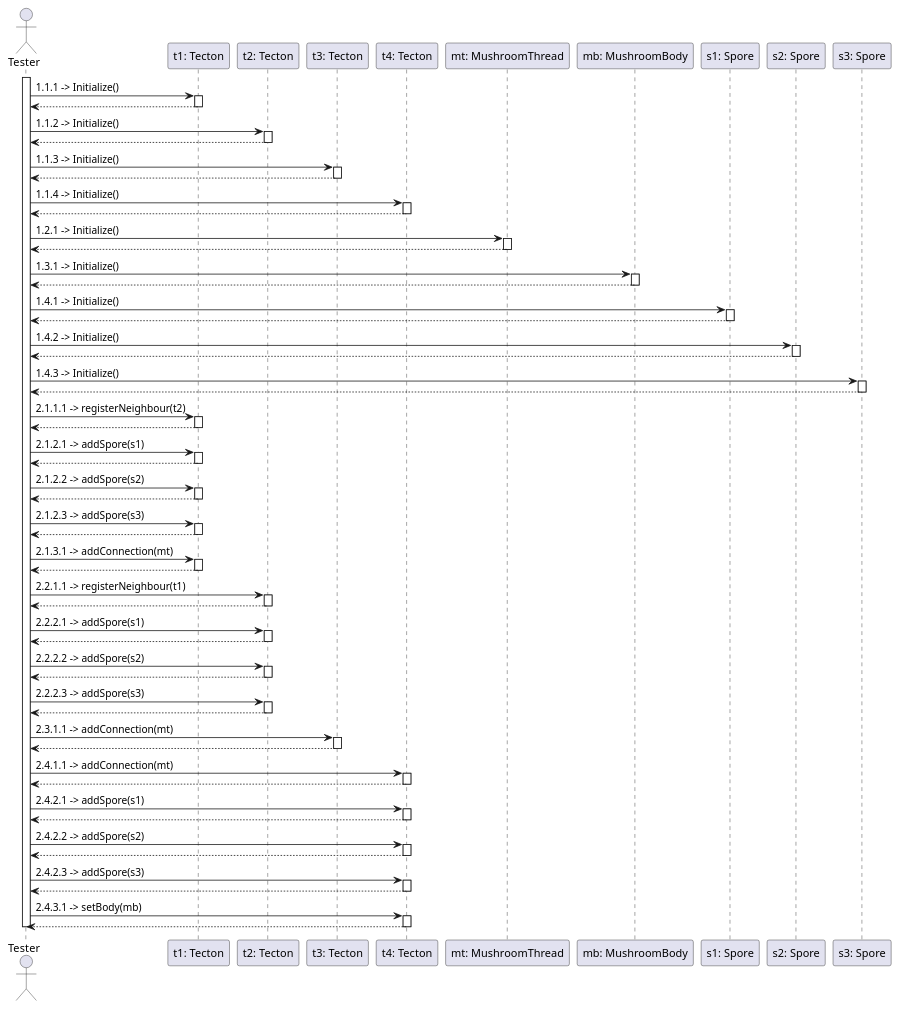
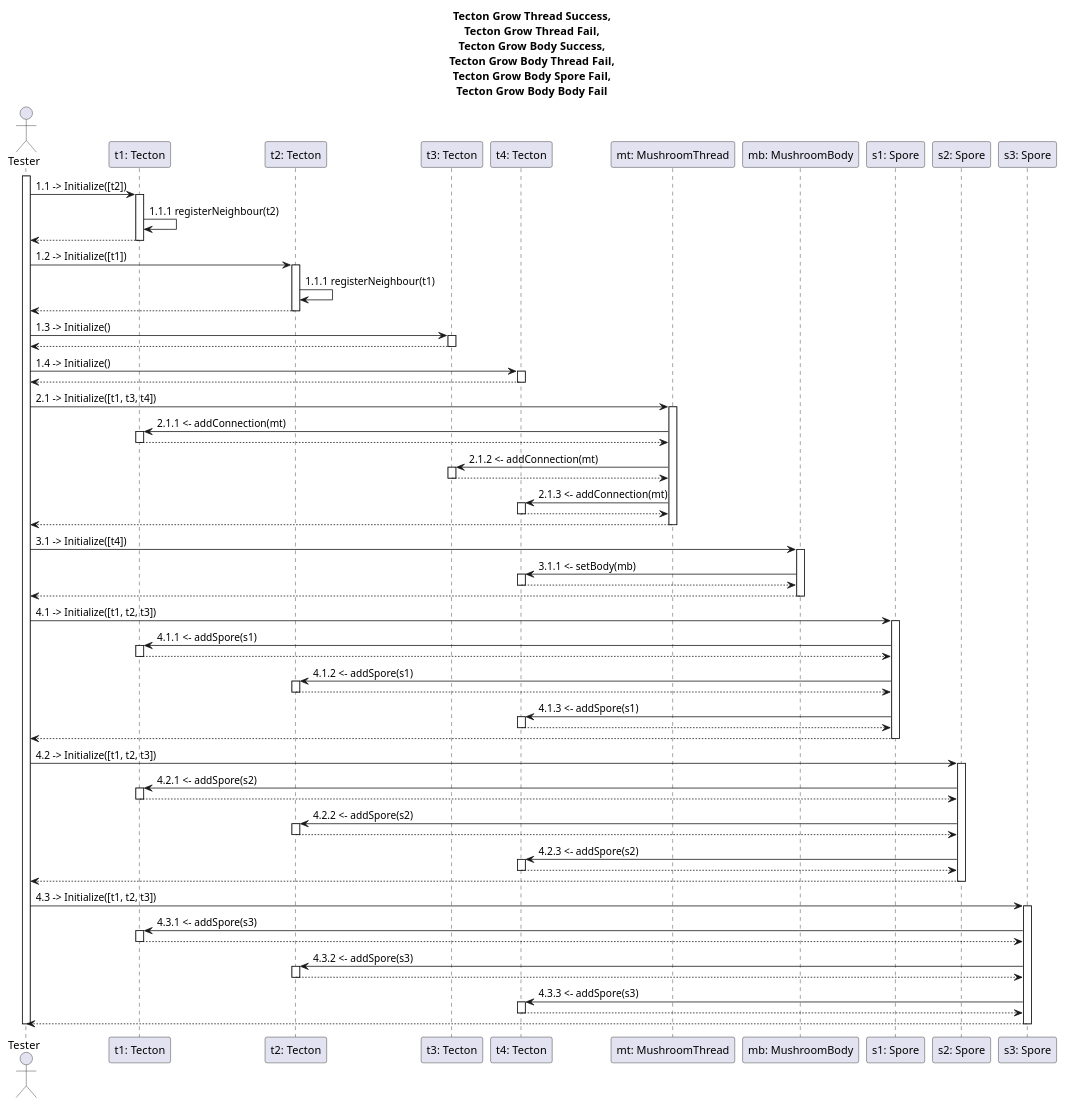
The diagram in diagrams/communication/tecton3.puml (dzsem/projlab), drawn with PlantUML before and after one commit.

```diff
--- a/diagrams/communication/tecton3.puml
+++ b/diagrams/communication/tecton3.puml
@@ -9,146 +9,161 @@
 @startuml communicationTecton3
+
+title Tecton Grow Thread Success,\nTecton Grow Thread Fail,\nTecton Grow Body Success,\nTecton Grow Body Thread Fail,\nTecton Grow Body Spore Fail,\nTecton Grow Body Body Fail
 
 actor "Tester" as ts
 ' t1 szomszédos t2-vel, de t3-al nem, így több test-casere is jó lesz a diagram 
 participant "t1: Tecton" as t1 
 participant "t2: Tecton" as t2
 participant "t3: Tecton" as t3
 participant "t4: Tecton" as t4
 participant "mt: MushroomThread" as mt
 participant "mb: MushroomBody" as mb
 participant "s1: Spore" as s1
 participant "s2: Spore" as s2
 participant "s3: Spore" as s3
 
 activate ts
 
-' inicializálás
-ts -> t1: 1.1.1 -> Initialize()
+' ------------------------------------------
+' t1: szomszédos t2-vel
+ts -> t1: 1.1 -> Initialize([t2])
 activate t1
+
+t1 -> t1: 1.1.1 registerNeighbour(t2)
+
 ts <-- t1
 deactivate t1
 
-ts -> t2: 1.1.2 -> Initialize()
+' ------------------------------------------
+' t2: szomszédos t1-el
+ts -> t2: 1.2 -> Initialize([t1])
 activate t2
+
+t2 -> t2: 1.1.1 registerNeighbour(t1)
+
 ts <-- t2
 deactivate t2
 
-ts -> t3: 1.1.3 -> Initialize()
+' ------------------------------------------
+' t3
+ts -> t3: 1.3 -> Initialize()
 activate t3
 ts <-- t3
 deactivate t3
 
-ts -> t4: 1.1.4 -> Initialize()
+' ------------------------------------------
+' t4
+ts -> t4: 1.4 -> Initialize()
 activate t4
 ts <-- t4
 deactivate t4
 
-ts -> mt: 1.2.1 -> Initialize()
+' ------------------------------------------
+' thread: t1, t3, t4-en nő
+ts -> mt: 2.1 -> Initialize([t1, t3, t4])
 activate mt
+
+mt -> t1: 2.1.1 <- addConnection(mt)
+activate t1
+mt <-- t1
+deactivate t1
+
+mt -> t3: 2.1.2 <- addConnection(mt)
+activate t3
+mt <-- t3
+deactivate t3
+
+mt -> t4: 2.1.3 <- addConnection(mt)
+activate t4
+mt <-- t4
+deactivate t4
+
 ts <-- mt
 deactivate mt
 
-ts -> mb: 1.3.1 -> Initialize()
+' ------------------------------------------
+' body: t4-en nő
+ts -> mb: 3.1 -> Initialize([t4])
 activate mb
+
+mb -> t4: 3.1.1 <- setBody(mb)
+activate t4
+mb <-- t4
+deactivate t4
+
 ts <-- mb
 deactivate mb
 
-ts -> s1: 1.4.1 -> Initialize()
+' ------------------------------------------
+' minden spóra t1, t2, t3-on van
+' s1
+ts -> s1: 4.1 -> Initialize([t1, t2, t3])
 activate s1
+
+s1 -> t1: 4.1.1 <- addSpore(s1)
+activate t1
+s1 <-- t1
+deactivate t1
+
+s1 -> t2: 4.1.2 <- addSpore(s1)
+activate t2
+s1 <-- t2
+deactivate t2
+
+s1 -> t4: 4.1.3 <- addSpore(s1)
+activate t4
+s1 <-- t4
+deactivate t4
+
 ts <-- s1
 deactivate s1
 
-ts -> s2: 1.4.2 -> Initialize()
+' ------------------------------------------
+' s2
+ts -> s2: 4.2 -> Initialize([t1, t2, t3])
 activate s2
+
+s2 -> t1: 4.2.1 <- addSpore(s2)
+activate t1
+s2 <-- t1
+deactivate t1
+
+s2 -> t2: 4.2.2 <- addSpore(s2)
+activate t2
+s2 <-- t2
+deactivate t2
+
+s2 -> t4: 4.2.3 <- addSpore(s2)
+activate t4
+s2 <-- t4
+deactivate t4
+
 ts <-- s2
 deactivate s2
 
-ts -> s3: 1.4.3 -> Initialize()
+' ------------------------------------------
+' s3
+ts -> s3: 4.3 -> Initialize([t1, t2, t3])
 activate s3
+
+s3 -> t1: 4.3.1 <- addSpore(s3)
+activate t1
+s3 <-- t1
+deactivate t1
+
+s3 -> t2: 4.3.2 <- addSpore(s3)
+activate t2
+s3 <-- t2
+deactivate t2
+
+s3 -> t4: 4.3.3 <- addSpore(s3)
+activate t4
+s3 <-- t4
+deactivate t4
+
 ts <-- s3
 deactivate s3
-
-' t1 setup:
-' - Tecton Grow Thread Success: t1 és t2 szomszédos; t1-en van mt
-' - Tecton Grow Thread Fail: t1 és t3 nem szomszédos; t1-en van mt
-' - Tecton Grow Body Success: t1-en van mt; t1-en van s1, s2 és s3; t1-en nincs mb
-ts -> t1: 2.1.1.1 -> registerNeighbour(t2)
-activate t1
-ts <-- t1
-deactivate t1
-
-ts -> t1: 2.1.2.1 -> addSpore(s1)
-activate t1
-ts <-- t1
-deactivate t1
-ts -> t1: 2.1.2.2 -> addSpore(s2)
-activate t1
-ts <-- t1
-deactivate t1
-ts -> t1: 2.1.2.3 -> addSpore(s3)
-activate t1
-ts <-- t1
-deactivate t1
-
-ts -> t1: 2.1.3.1 -> addConnection(mt)
-activate t1
-ts <-- t1
-deactivate t1
-
-' t2 setup:
-' - Tecton Grow Thread Success: t1 és t2 szomszédos; t1-en van mt
-' - Tecton Grow Body Thread Fail: t2-n nincs mt; t2-n van s1, s2 és s3; t2-n nincs mb
-ts -> t2: 2.2.1.1 -> registerNeighbour(t1)
-activate t2
-ts <-- t2
-deactivate t2
-
-ts -> t2: 2.2.2.1 -> addSpore(s1)
-activate t2
-ts <-- t2
-deactivate t2
-ts -> t2: 2.2.2.2 -> addSpore(s2)
-activate t2
-ts <-- t2
-deactivate t2
-ts -> t2: 2.2.2.3 -> addSpore(s3)
-activate t2
-ts <-- t2
-deactivate t2
-
-' t3 setup:
-' - Tecton Grow Thread Fail: t1 és t3 nem szomszédos; t1-en van mt
-' - Tecton Grow Body Spore Fail: t3-on van mt; t3-on nincs spóra; t3-on nincs mb
-ts -> t3: 2.3.1.1 -> addConnection(mt)
-activate t3
-ts <-- t3
-deactivate t3
-
-' t4 setup:
-' - Tecton Grow Body Body Fail: t4-en van mt; t4-en van s1, s2, s3; t4-en van mb
-ts -> t4: 2.4.1.1 -> addConnection(mt)
-activate t4
-ts <-- t4
-deactivate t4
-
-ts -> t4: 2.4.2.1 -> addSpore(s1)
-activate t4
-ts <-- t4
-deactivate t4
-ts -> t4: 2.4.2.2 -> addSpore(s2)
-activate t4
-ts <-- t4
-deactivate t4
-ts -> t4: 2.4.2.3 -> addSpore(s3)
-activate t4
-ts <-- t4
-deactivate t4
-
-ts -> t4: 2.4.3.1 -> setBody(mb)
-activate t4
-ts <-- t4
-deactivate t4
 
 deactivate ts
 
 @enduml
```
